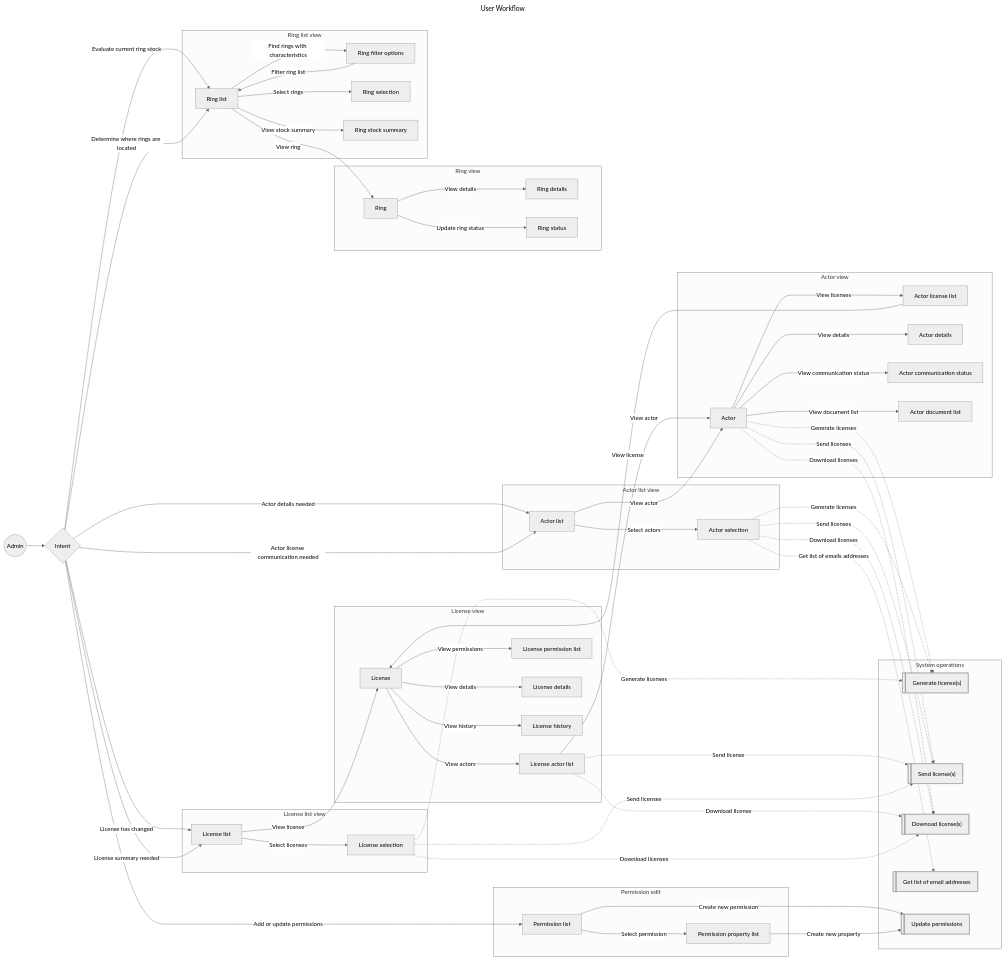
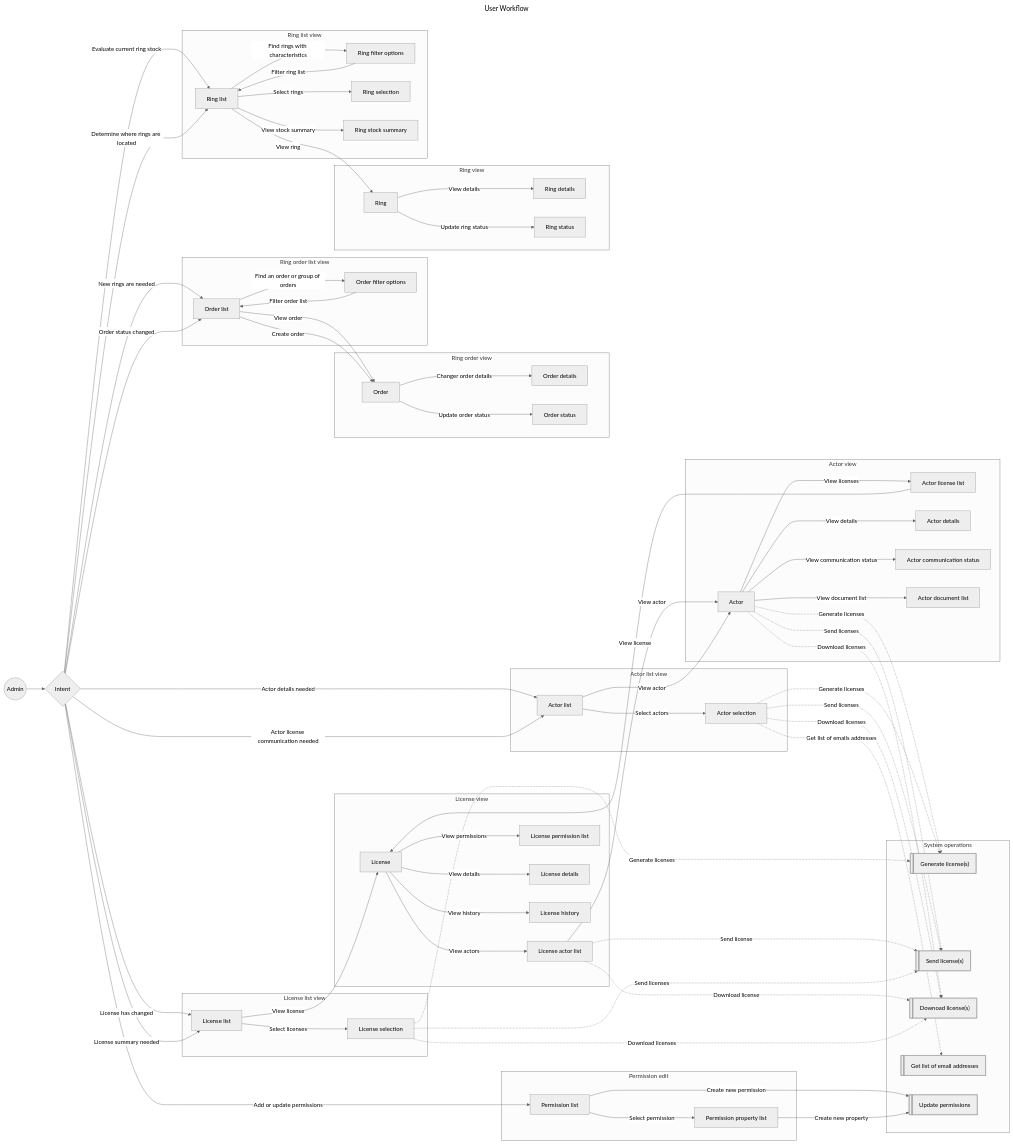
One commit to pdmnyberg/ui-examples changed the diagram in ui-examples/public/diagrams/bird-ringing-user-workflow.mermaid. Above: the diagram before and after it, drawn with Mermaid (neutral theme).

Commit message:
feat: add ring order flow

```diff
--- a/ui-examples/public/diagrams/bird-ringing-user-workflow.mermaid
+++ b/ui-examples/public/diagrams/bird-ringing-user-workflow.mermaid
@@ -1,134 +1,155 @@
 ---
 title: User Workflow
 descriptions: 
 - title: Actor
   content: An actor is either a 'Ringer', a 'Helper' or an 'Associate'
 - title: Admin
   content: Admin is the ringer license administrator working with managing commincation regarding active licenses
 - title: Actor selection
   content: Selections are assumed to involve some filtering or search for items but the details on which filters are necessary are left out to simplify the workflow
 - title: System operations
   content: |
    System operations are operations performed by the system which generally generate some output
 
    When operations are performed on licenses it is generally assumed that they are performed on all actors assigned to the selected licenses, that are relevant for the selected operation
 ---
 
 flowchart LR
     admin@{ shape: circle, label: "Admin" }
     intent@{ shape: diamond, label: "Intent" }
 
     subgraph license_group[" "]
       subgraph license_list_view["License list view"]
           llist[License list]
           lselection[License selection]
       end
 
       subgraph license_view["License view"]
           license[License]
           lalist[License actor list]
           lplist[License permission list]
           ldetails[License details]
           lhistory[License history]
       end
     end
     style license_group fill:transparent,stroke:transparent,color:transparent
 
     subgraph system_operations["System operations"]
         lgenerate@{ shape: lin-rect , label: "Generate license(s)"}
         lsend@{ shape: lin-rect , label: "Send license(s)"}
         ldownload@{ shape: lin-rect , label: "Downoad license(s)"}
         listemails@{ shape: lin-rect , label: "Get list of email addresses"}
         permissionupdate@{ shape: lin-rect , label: "Update permissions"}
     end
 
     subgraph actor_group[" "]
       subgraph actor_list_view["Actor list view"]
           alist[Actor list]
           aselection[Actor selection]
       end
 
       subgraph actor_view["Actor view"]
           actor[Actor]
           allist[Actor license list]
           adetails[Actor details]
           acomstatus[Actor communication status]
           adlist[Actor document list]
       end
     end
     style actor_group fill:transparent,stroke:transparent,color:transparent
 
     subgraph permission_edit["Permission edit"]
       permissionlist[Permission list]
       permissionpropertylist[Permission property list]
     end
 
     subgraph ring_group[" "]
+      subgraph ring_order_list["Ring order list view"]
+        orderlist[Order list]
+        orderfilter[Order filter options]
+      end
+
+      subgraph ring_order["Ring order view"]
+        order[Order]
+        orderdetails[Order details]
+        orderstatus[Order status]
+      end
+
       subgraph ring_view["Ring view"]
           ring[Ring]
           ringdetails[Ring details]
           ringstatus[Ring status]
       end
 
       subgraph ring_list_view["Ring list view"]
           ringlist[Ring list]
-          ringfilteropts[Ring filter options]
+          ringfilter[Ring filter options]
           ringselection[Ring selection]
           ringstocksummary[Ring stock summary]
       end
     end
     style ring_group fill:transparent,stroke:transparent,color:transparent
     
 
     admin --> intent
     intent -- "License has changed" --> llist
     intent -- "License summary needed" --> llist
     intent -- "Add or update permissions" --> permissionlist
     llist -- "Select licenses" --> lselection
     llist -- "View license" --> license
 
     intent -- "Actor details needed" --> alist
     intent -- "Actor license communication needed" --> alist
     alist -- "Select actors" --> aselection
     alist -- "View actor" --> actor
 
     license -- "View actors" --> lalist
     lalist -- "View actor" --> actor
     license -- "View permissions" --> lplist
     license -- "View details" --> ldetails
     license -- "View history" --> lhistory
 
     lalist -. "Send license" .-> lsend
     lalist -. "Download license" .-> ldownload
 
     permissionlist -- "Select permission" --> permissionpropertylist
     permissionlist -- "Create new permission" --> permissionupdate
     permissionpropertylist -- "Create new property" --> permissionupdate
 
     lselection -. "Generate licenses" .-> lgenerate
     lselection -. "Send licenses" .-> lsend
     lselection -. "Download licenses" .-> ldownload
 
     actor -. "Generate licenses" .-> lgenerate
     actor -. "Send licenses" .-> lsend
     actor -. "Download licenses" .-> ldownload
     actor -- "View licenses" --> allist
     actor -- "View details" --> adetails
     actor -- "View communication status" --> acomstatus
     actor -- "View document list" --> adlist
     allist -- "View license" --> license
 
     aselection -. "Generate licenses" .-> lgenerate
     aselection -. "Send licenses" .-> lsend
     aselection -. "Download licenses" .-> ldownload
     aselection -. "Get list of emails addresses" .-> listemails
 
     intent -- "Evaluate current ring stock" --> ringlist
     intent -- "Determine where rings are located" --> ringlist
-    ringlist -- "Find rings with characteristics" --> ringfilteropts
-    ringfilteropts -- "Filter ring list" --> ringlist
+    ringlist -- "Find rings with characteristics" --> ringfilter
+    ringfilter -- "Filter ring list" --> ringlist
     ringlist -- "View ring" --> ring
     ringlist -- "Select rings" --> ringselection
     ringlist -- "View stock summary" --> ringstocksummary
     ring -- "View details" --> ringdetails
     ring -- "Update ring status" --> ringstatus
+
+
+    intent -- "New rings are needed" --> orderlist
+    intent -- "Order status changed" --> orderlist
+    orderlist -- "Find an order or group of orders" --> orderfilter
+    orderfilter -- "Filter order list" --> orderlist
+    orderlist -- "View order" --> order
+    orderlist -- "Create order" --> order
+    order -- "Update order status" --> orderstatus
+    order -- "Changer order details" --> orderdetails
```
